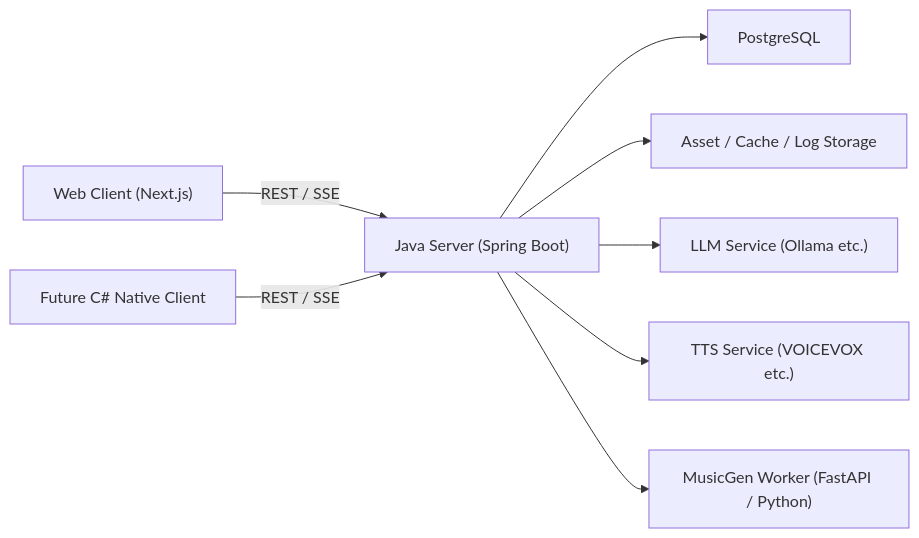
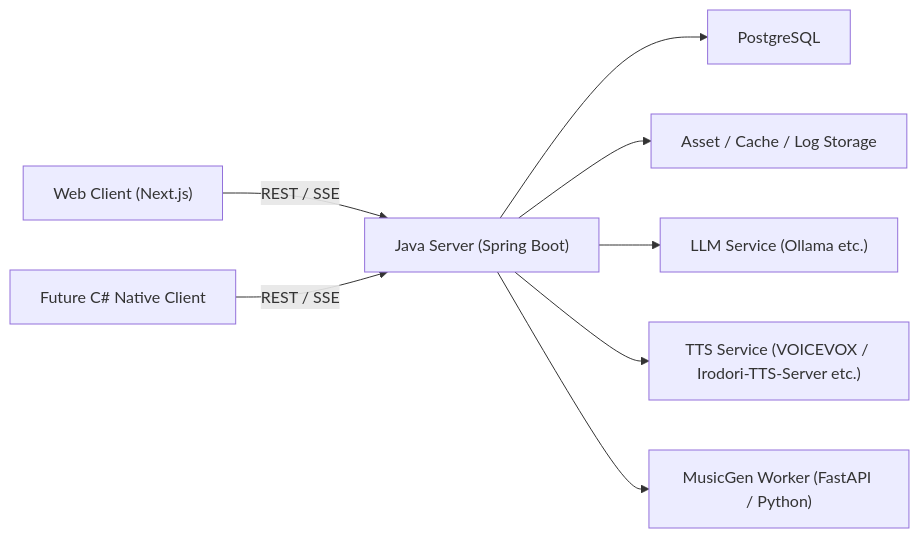
Before and after one commit to iwaken0928/SeedShiftRadio: the diagram in doc/01_アーキテクチャ方針設計書.md, drawn with Mermaid. The commit also changed other lines of this file and 16 other files, not shown here.

````diff
--- a/doc/01_アーキテクチャ方針設計書.md
+++ b/doc/01_アーキテクチャ方針設計書.md
@@ -27,19 +27,19 @@
 ```mermaid
 flowchart LR
     Browser["Web Client (Next.js)"]
     Native["Future C# Native Client"]
     Server["Java Server (Spring Boot)"]
     DB["PostgreSQL"]
     Files["Asset / Cache / Log Storage"]
     LLM["LLM Service (Ollama etc.)"]
-    TTS["TTS Service (VOICEVOX etc.)"]
+    TTS["TTS Service (VOICEVOX / Irodori-TTS-Server etc.)"]
     Music["MusicGen Worker (FastAPI / Python)"]
 
     Browser -->|REST / SSE| Server
     Native -->|REST / SSE| Server
     Server --> DB
     Server --> Files
     Server --> LLM
     Server --> TTS
     Server --> Music
 ```
````
